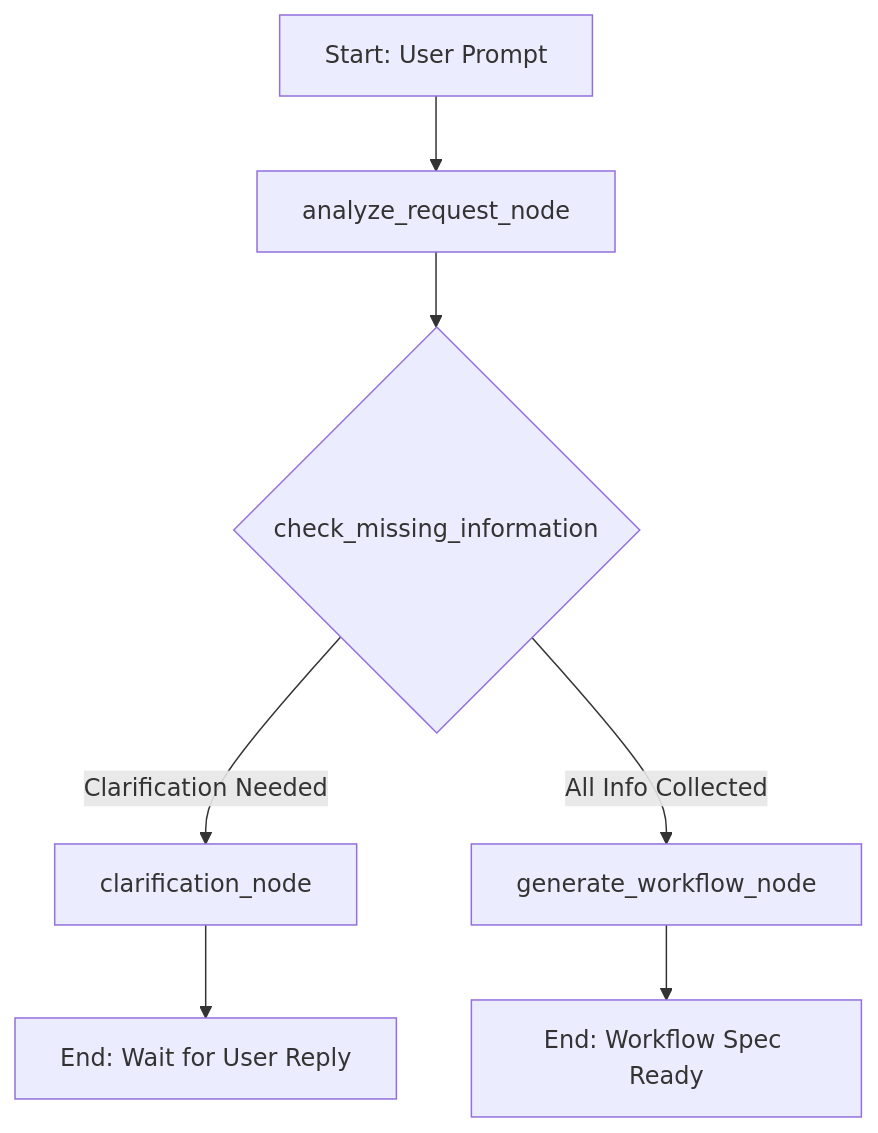
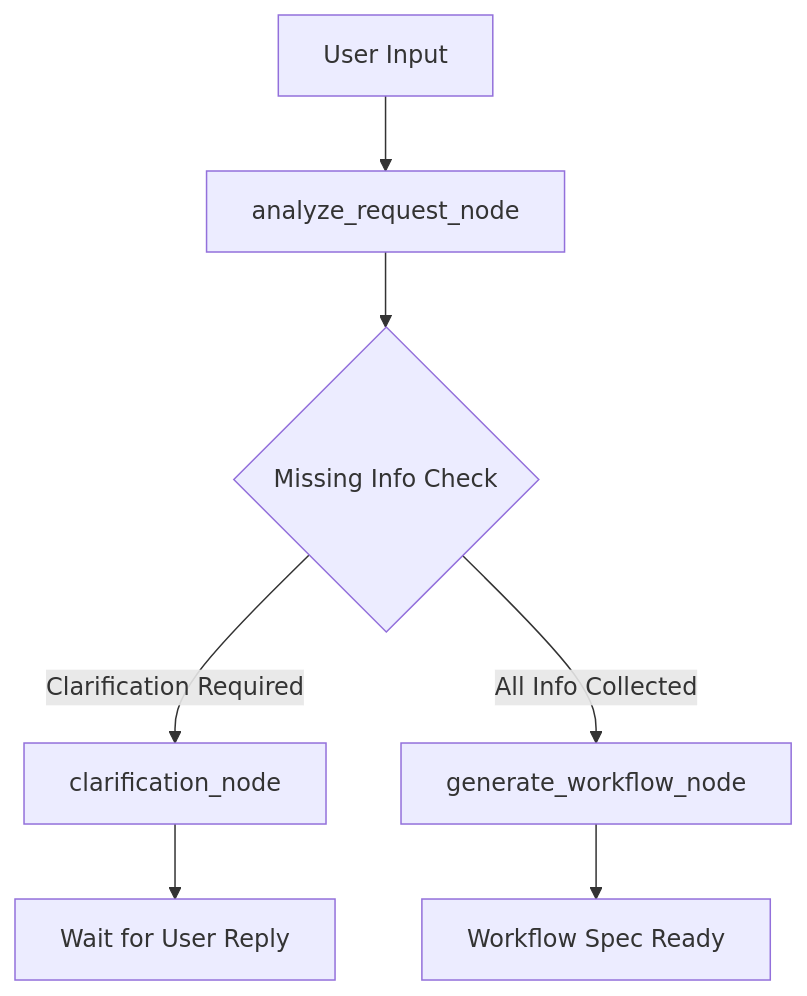
Before and after one commit to KeerthikVarman/chatbot_automation: the diagram in README.md, drawn with Mermaid. The commit also changed other lines of this file, not shown here.

````diff
--- a/README.md
+++ b/README.md
@@ -24,9 +11,9 @@
 ```mermaid
 graph TD
-    A[Start: User Prompt] --> B[analyze_request_node]
-    B --> C{check_missing_information}
-    C -- Clarification Needed --> D[clarification_node]
-    D --> E[End: Wait for User Reply]
+    A[User Input] --> B[analyze_request_node]
+    B --> C{Missing Info Check}
+    C -- Clarification Required --> D[clarification_node]
+    D --> E[Wait for User Reply]
     C -- All Info Collected --> F[generate_workflow_node]
-    F --> G[End: Workflow Spec Ready]
+    F --> G[Workflow Spec Ready]
 ```
````
